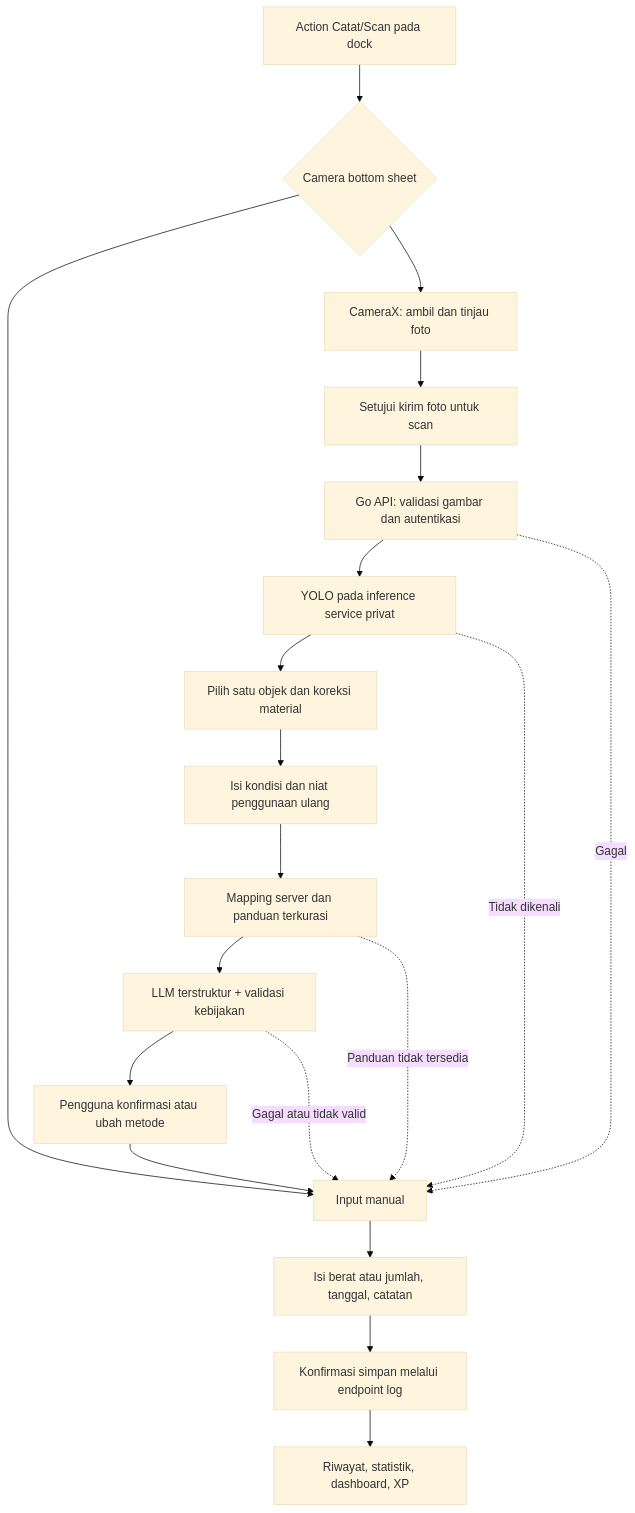
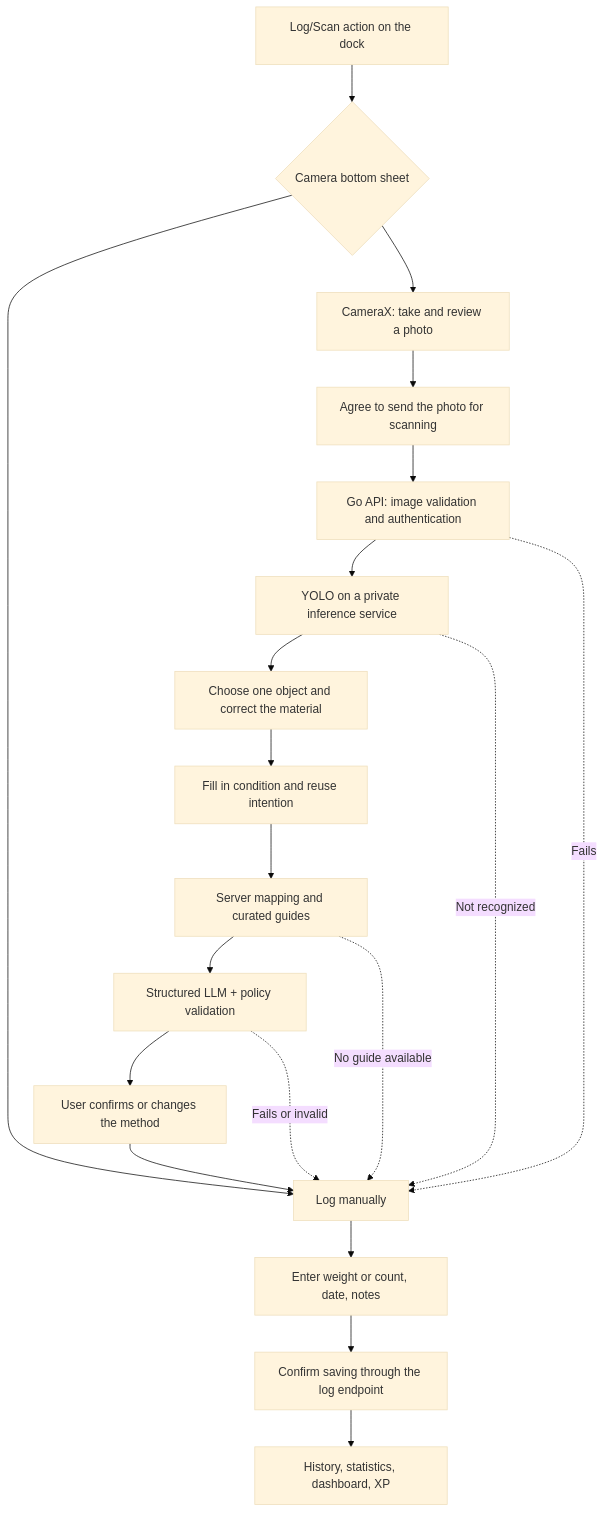
The diagram in docs/design-kit/AI_SPEC.md (waste-not-app/waste-not-android), drawn with Mermaid (base theme) before and after one commit. The commit also changed other lines of this file and 10 other files, not shown here.

````diff
--- a/docs/design-kit/AI_SPEC.md
+++ b/docs/design-kit/AI_SPEC.md
@@ -27,22 +27,22 @@
 ```mermaid
 flowchart TD
-    A[Action Catat/Scan pada dock] --> B{Camera bottom sheet}
-    B --> M[Input manual]
-    B --> C[CameraX: ambil dan tinjau foto]
-    C --> D[Setujui kirim foto untuk scan]
-    D --> E[Go API: validasi gambar dan autentikasi]
-    E --> F[YOLO pada inference service privat]
-    F --> G[Pilih satu objek dan koreksi material]
-    G --> H[Isi kondisi dan niat penggunaan ulang]
-    H --> I[Mapping server dan panduan terkurasi]
-    I --> J[LLM terstruktur + validasi kebijakan]
-    J --> K[Pengguna konfirmasi atau ubah metode]
+    A[Log/Scan action on the dock] --> B{Camera bottom sheet}
+    B --> M[Log manually]
+    B --> C[CameraX: take and review a photo]
+    C --> D[Agree to send the photo for scanning]
+    D --> E[Go API: image validation and authentication]
+    E --> F[YOLO on a private inference service]
+    F --> G[Choose one object and correct the material]
+    G --> H[Fill in condition and reuse intention]
+    H --> I[Server mapping and curated guides]
+    I --> J[Structured LLM + policy validation]
+    J --> K[User confirms or changes the method]
     K --> M
-    M --> N[Isi berat atau jumlah, tanggal, catatan]
-    N --> O[Konfirmasi simpan melalui endpoint log]
-    O --> P[Riwayat, statistik, dashboard, XP]
-    E -. Gagal .-> M
-    F -. Tidak dikenali .-> M
-    I -. Panduan tidak tersedia .-> M
-    J -. Gagal atau tidak valid .-> M
+    M --> N[Enter weight or count, date, notes]
+    N --> O[Confirm saving through the log endpoint]
+    O --> P[History, statistics, dashboard, XP]
+    E -. Fails .-> M
+    F -. Not recognized .-> M
+    I -. No guide available .-> M
+    J -. Fails or invalid .-> M
 ```
````
